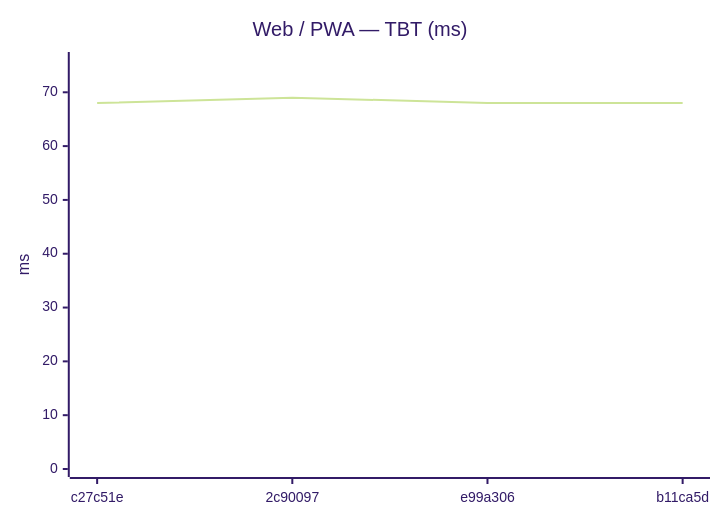
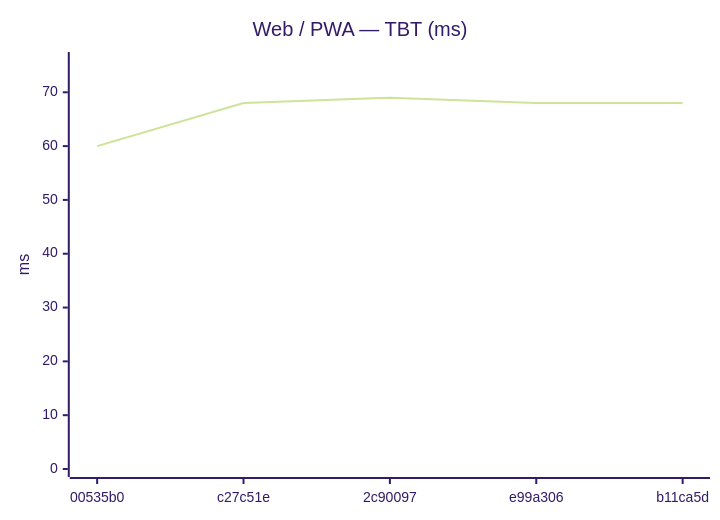
One commit to Metaheurist/Rianell changed the second of 24 diagrams in benchmarks/compare.md. Above: the diagram before and after it, drawn with Mermaid (forest theme). The commit also changed other lines of this file and 12 other files, not shown here.

````diff
--- a/benchmarks/compare.md
+++ b/benchmarks/compare.md
@@ -25,7 +26,7 @@
 ```mermaid
 xychart-beta
     title "Web / PWA — TBT (ms)"
-    x-axis ["c27c51e", "2c90097", "e99a306", "b11ca5d"]
+    x-axis ["00535b0", "c27c51e", "2c90097", "e99a306", "b11ca5d"]
     y-axis "ms" 0 --> 76
-    line [68, 69, 68, 68]
+    line [60, 68, 69, 68, 68]
 ```
````
